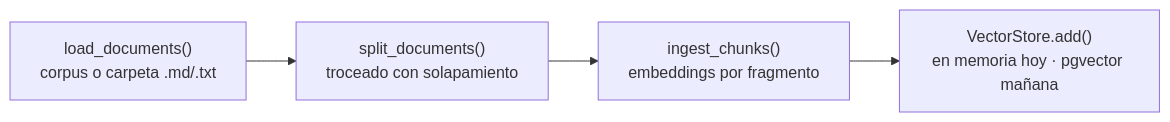
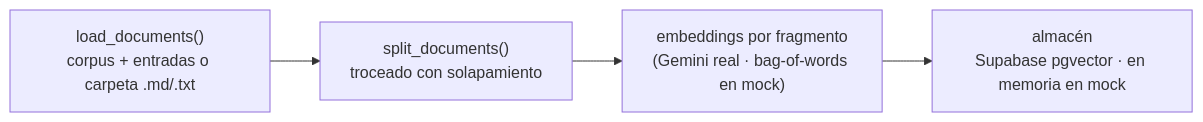
One commit to frank777ch/OndeSanMarcos changed the diagram in documents/07-avance-backend.md. Above: the diagram before and after it, drawn with Mermaid. The commit also changed other lines of this file, not shown here.

Commit message:
docs: mark pgvector/embeddings done, add knowledge-entries tooling, 76 tests

````diff
--- a/documents/07-avance-backend.md
+++ b/documents/07-avance-backend.md
@@ -65,8 +73,8 @@
 ```mermaid
 flowchart LR
-    load["load_documents()<br/>corpus o carpeta .md/.txt"]
+    load["load_documents()<br/>corpus + entradas o carpeta .md/.txt"]
     split["split_documents()<br/>troceado con solapamiento"]
-    emb["ingest_chunks()<br/>embeddings por fragmento"]
-    store["VectorStore.add()<br/>en memoria hoy · pgvector mañana"]
+    emb["embeddings por fragmento<br/>(Gemini real · bag-of-words en mock)"]
+    store["almacén<br/>Supabase pgvector · en memoria en mock"]
     load --> split --> emb --> store
 ```
````
